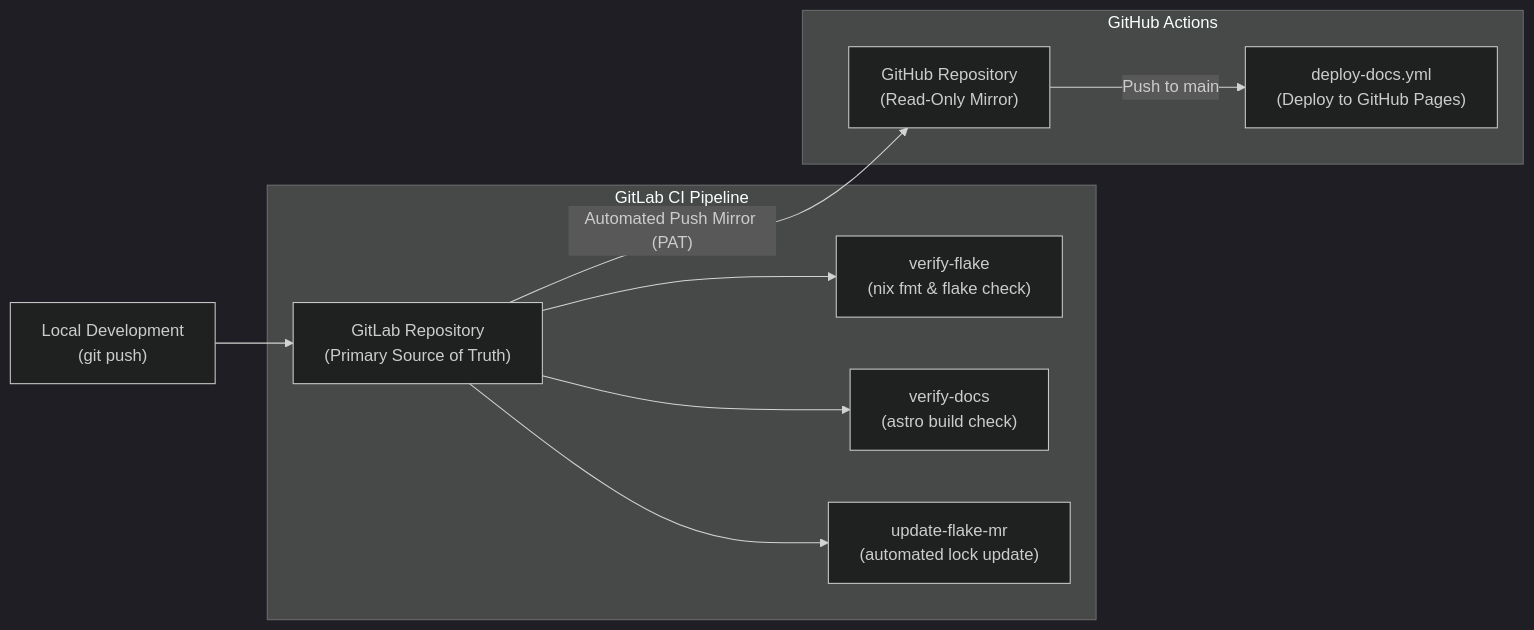
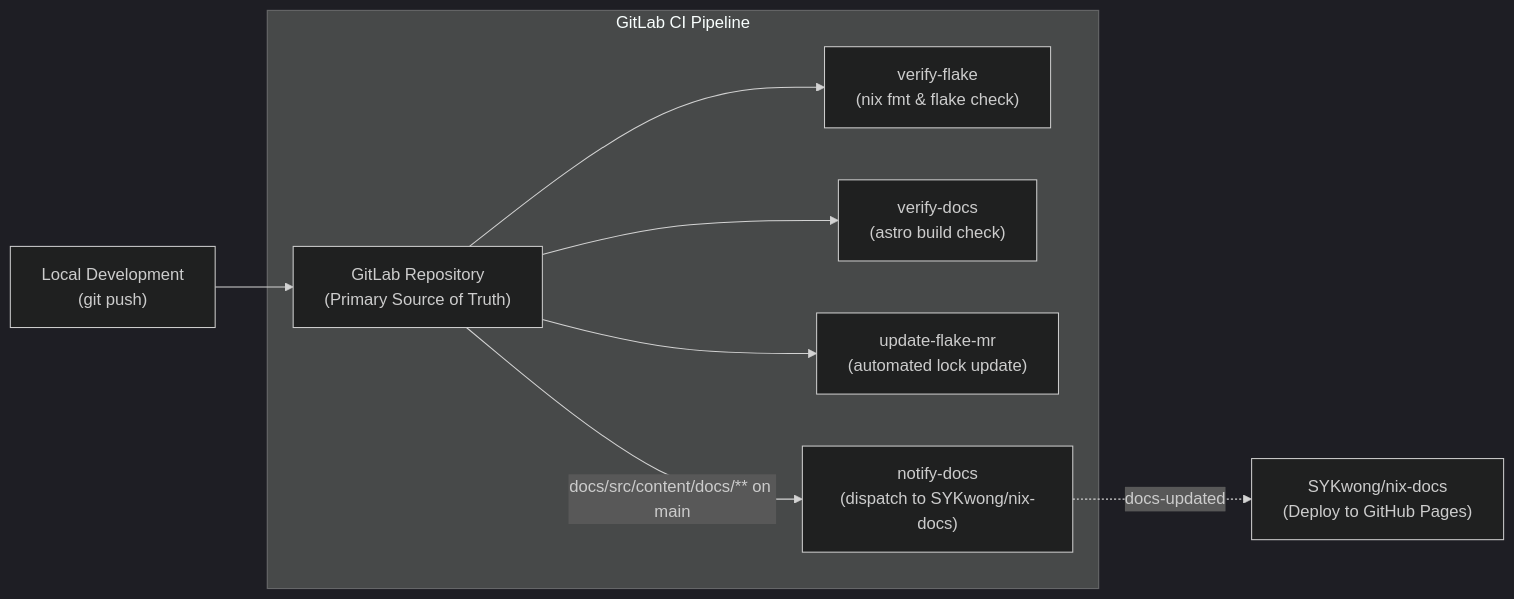
One commit to SYKwong/nix-config changed the diagram in docs/src/content/docs/adoption.md. Above: the diagram before and after it, drawn with Mermaid (dark theme). The commit also changed other lines of this file and 2 other files, not shown here.

````diff
--- a/docs/src/content/docs/adoption.md
+++ b/docs/src/content/docs/adoption.md
@@ -177,13 +176,11 @@
 ```mermaid
 flowchart LR
     dev["Local Development<br/>(git push)"] --> gitlab["GitLab Repository<br/>(Primary Source of Truth)"]
     subgraph gitlab_ci ["GitLab CI Pipeline"]
         gitlab --> test["verify-flake<br/>(nix fmt & flake check)"]
         gitlab --> docs_check["verify-docs<br/>(astro build check)"]
         gitlab --> lock_bot["update-flake-mr<br/>(automated lock update)"]
+        gitlab -- "docs/src/content/docs/** on main" --> dispatch["notify-docs<br/>(dispatch to SYKwong/nix-docs)"]
     end
-    gitlab -- "Automated Push Mirror (PAT)" --> github["GitHub Repository<br/>(Read-Only Mirror)"]
-    subgraph gh_actions ["GitHub Actions"]
-        github -- "Push to main" --> pages["deploy-docs.yml<br/>(Deploy to GitHub Pages)"]
-    end
+    dispatch -. "docs-updated" .-> nix_docs["SYKwong/nix-docs<br/>(Deploy to GitHub Pages)"]
 ```
````
